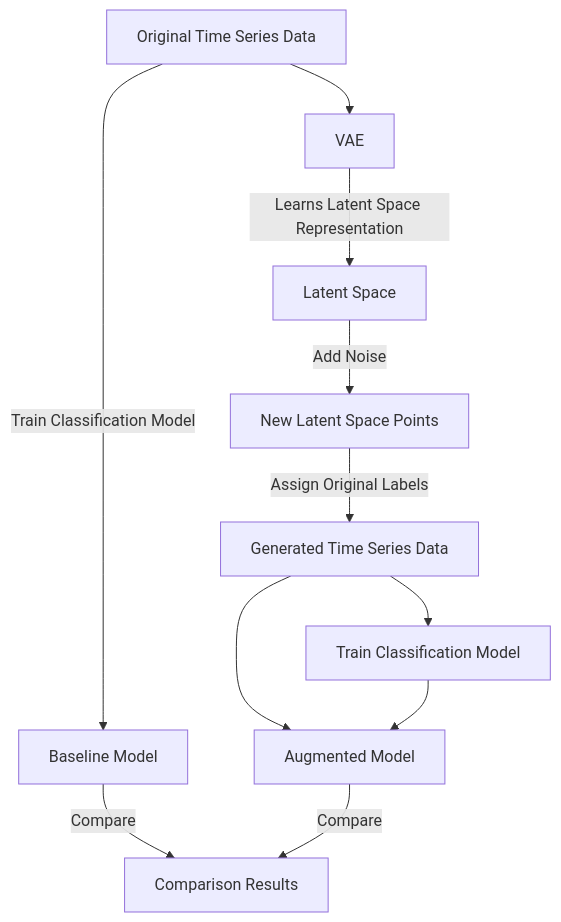
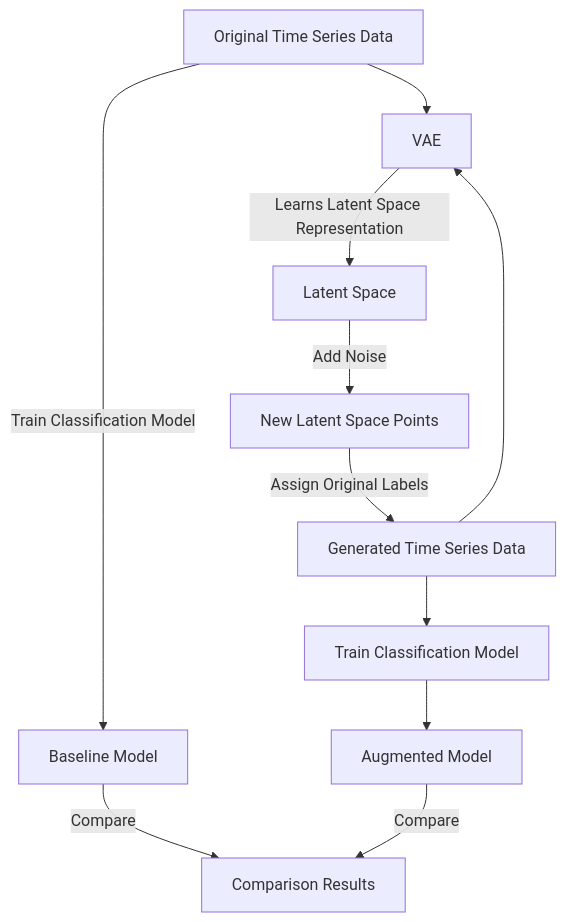
One commit to Matt-Olek/Latent-Space-TS-Augmentation changed the second of 2 diagrams in README.md. Above: the diagram before and after it, drawn with Mermaid. The commit also changed other lines of this file and 18 other files, not shown here.

````diff
--- a/README.md
+++ b/README.md
@@ -21,13 +66,14 @@
 ```mermaid
 graph TD
     A[Original Time Series Data] --> B[VAE]
     B -->|Learns Latent Space Representation| C[Latent Space]
     C -->|Add Noise| D[New Latent Space Points]
     D -->|Assign Original Labels| E[Generated Time Series Data]
+    E --> B
     E --> F[Train Classification Model]
     A -->|Train Classification Model| G[Baseline Model]
-    E --> H[Augmented Model]
-    F --> H
+    F --> H[Augmented Model]
+
     G -->|Compare| I[Comparison Results]
     H -->|Compare| I
 ```
````
